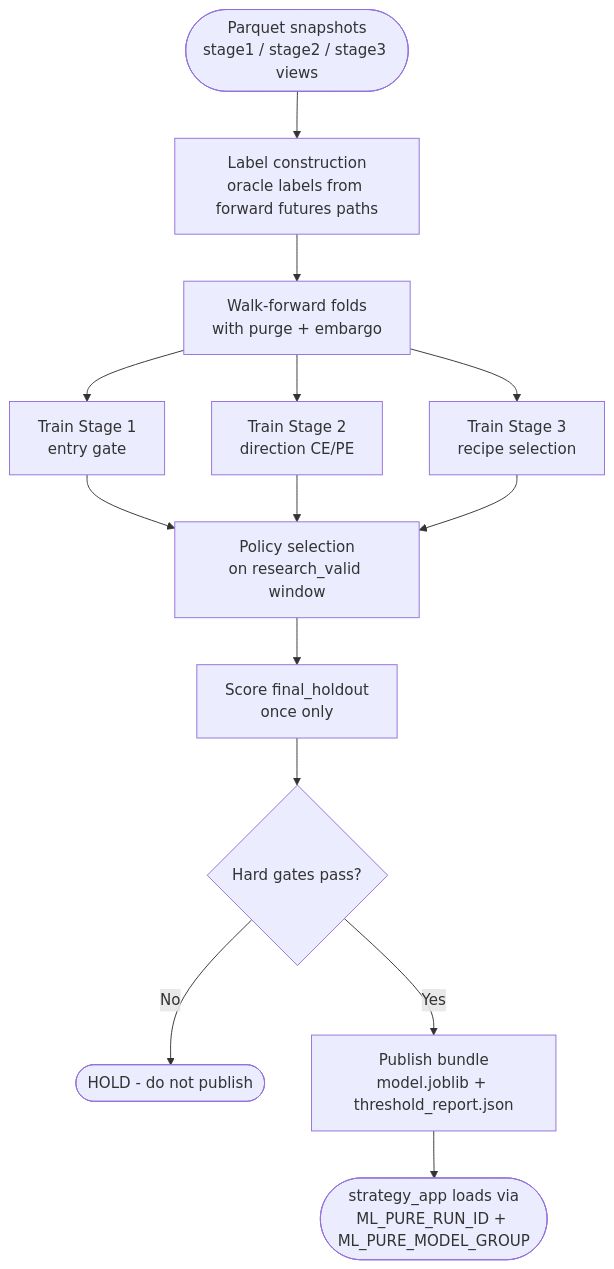
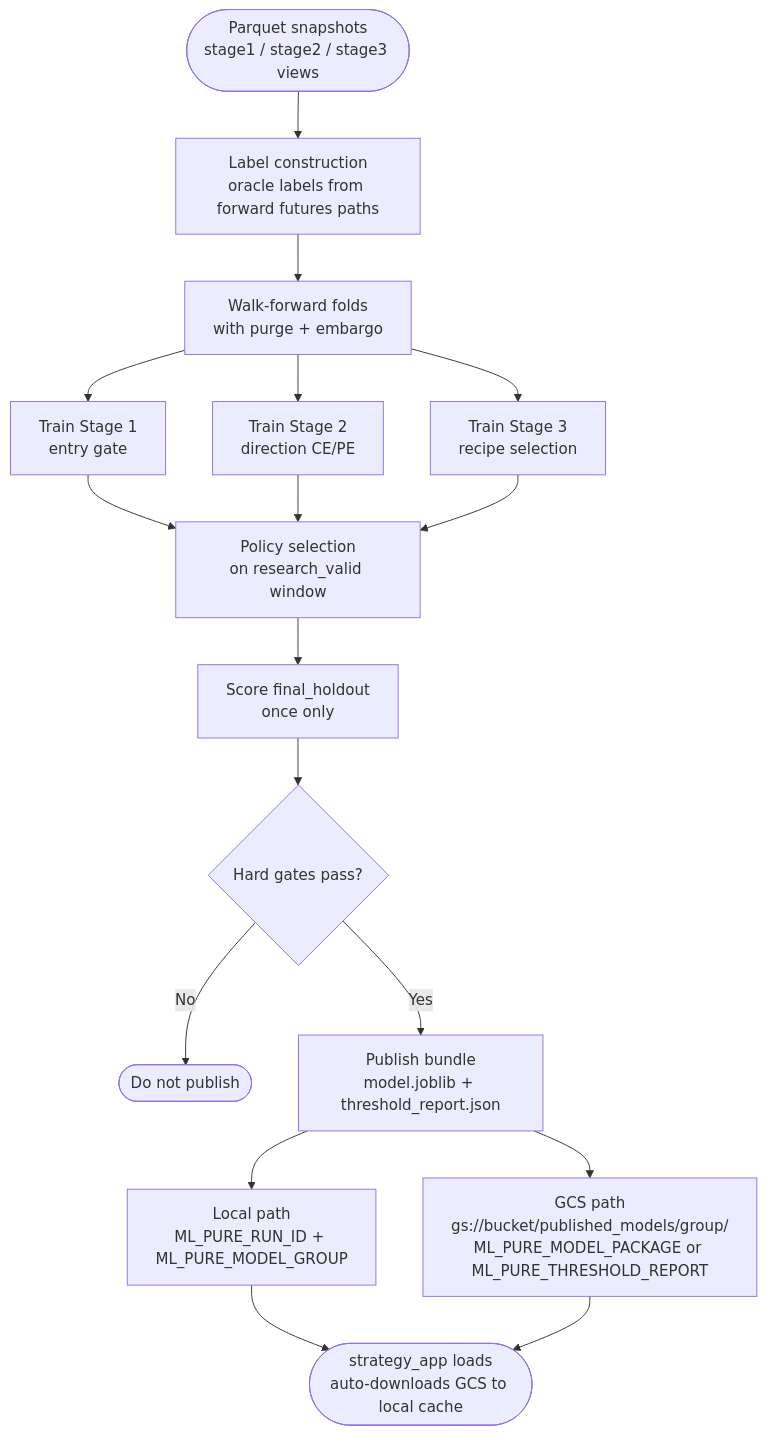
One commit to amitsajwan/option_trading changed the sixth of 8 diagrams in strategy_app/docs/STRATEGY_ML_FLOW.md. Above: the diagram before and after it, drawn with Mermaid. The commit also changed other lines of this file and 41 other files, not shown here.

````diff
--- a/strategy_app/docs/STRATEGY_ML_FLOW.md
+++ b/strategy_app/docs/STRATEGY_ML_FLOW.md
@@ -159,14 +181,16 @@
 ```mermaid
 flowchart TD
     A([Parquet snapshots\nstage1 / stage2 / stage3 views]) --> B[Label construction\noracle labels from forward futures paths]
     B --> C[Walk-forward folds\nwith purge + embargo]
     C --> D[Train Stage 1\nentry gate]
     C --> E[Train Stage 2\ndirection CE/PE]
     C --> F[Train Stage 3\nrecipe selection]
     D & E & F --> G[Policy selection\non research_valid window]
     G --> H[Score final_holdout\nonce only]
     H --> I{Hard gates pass?}
-    I -->|No| Z([HOLD - do not publish])
+    I -->|No| Z([Do not publish])
     I -->|Yes| J[Publish bundle\nmodel.joblib + threshold_report.json]
-    J --> K([strategy_app loads via\nML_PURE_RUN_ID + ML_PURE_MODEL_GROUP])
+    J --> K1[Local path\nML_PURE_RUN_ID + ML_PURE_MODEL_GROUP]
+    J --> K2[GCS path\ngs://bucket/published_models/group/\nML_PURE_MODEL_PACKAGE or ML_PURE_THRESHOLD_REPORT]
+    K1 & K2 --> L([strategy_app loads\nauto-downloads GCS to local cache])
 ```
````
